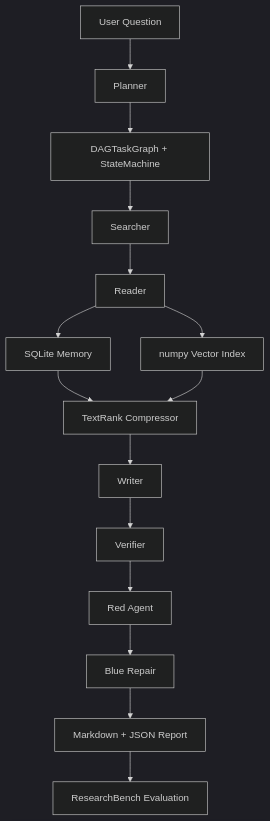
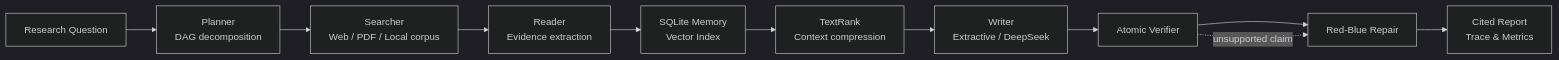
Before and after one commit to traMpo1ine/deepresearch-agent: the diagram in README.md, drawn with Mermaid (dark theme). The commit also changed other lines of this file and 8 other files, not shown here.

Commit message:
Streamline README and harden DeepSeek writer path

````diff
--- a/README.md
+++ b/README.md
@@ -374,17 +27,13 @@
 ```mermaid
-flowchart TD
-    Q["User Question"] --> P["Planner"]
-    P --> G["DAGTaskGraph + StateMachine"]
-    G --> S["Searcher"]
-    S --> R["Reader"]
-    R --> M["SQLite Memory"]
-    R --> V["numpy Vector Index"]
-    M --> C["TextRank Compressor"]
-    V --> C
-    C --> W["Writer"]
-    W --> F["Verifier"]
-    F --> Red["Red Agent"]
-    Red --> Blue["Blue Repair"]
-    Blue --> Report["Markdown + JSON Report"]
-    Report --> Eval["ResearchBench Evaluation"]
+flowchart LR
+    Q["Research Question"] --> P["Planner<br/>DAG decomposition"]
+    P --> S["Searcher<br/>Web / PDF / Local corpus"]
+    S --> R["Reader<br/>Evidence extraction"]
+    R --> M["SQLite Memory<br/>Vector Index"]
+    M --> C["TextRank<br/>Context compression"]
+    C --> W["Writer<br/>Extractive / DeepSeek"]
+    W --> V["Atomic Verifier"]
+    V --> B["Red-Blue Repair"]
+    B --> O["Cited Report<br/>Trace & Metrics"]
+    V -. "unsupported claim" .-> B
 ```
````
